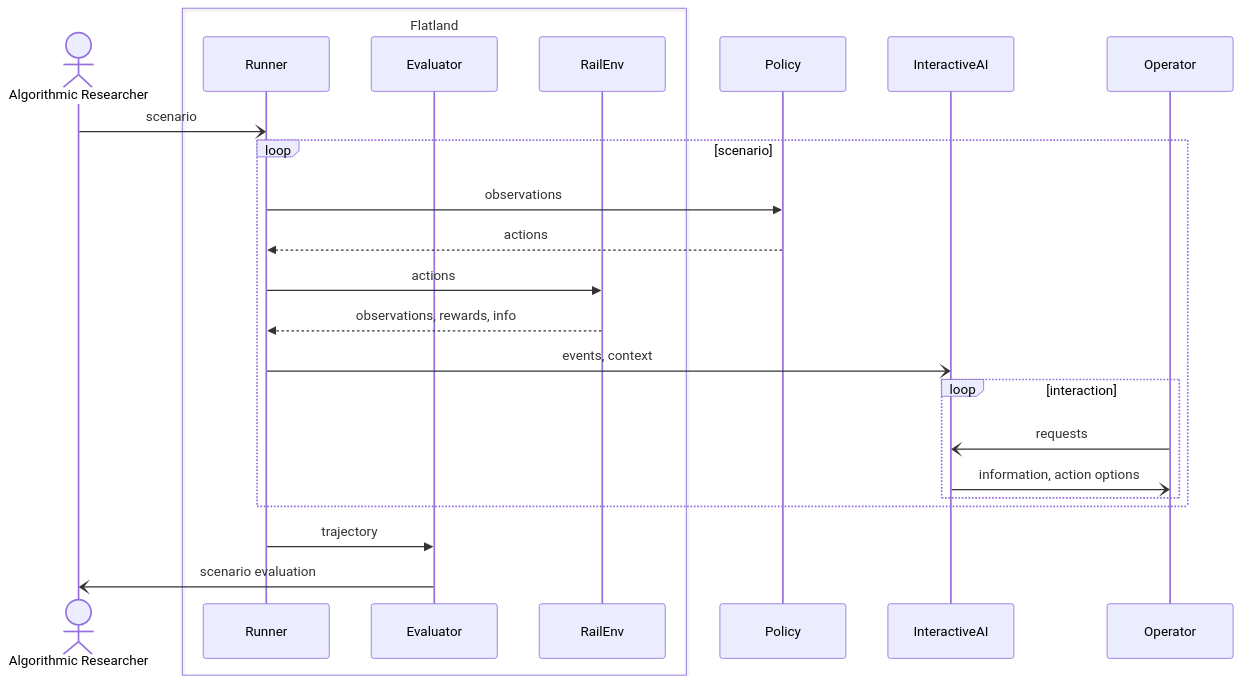
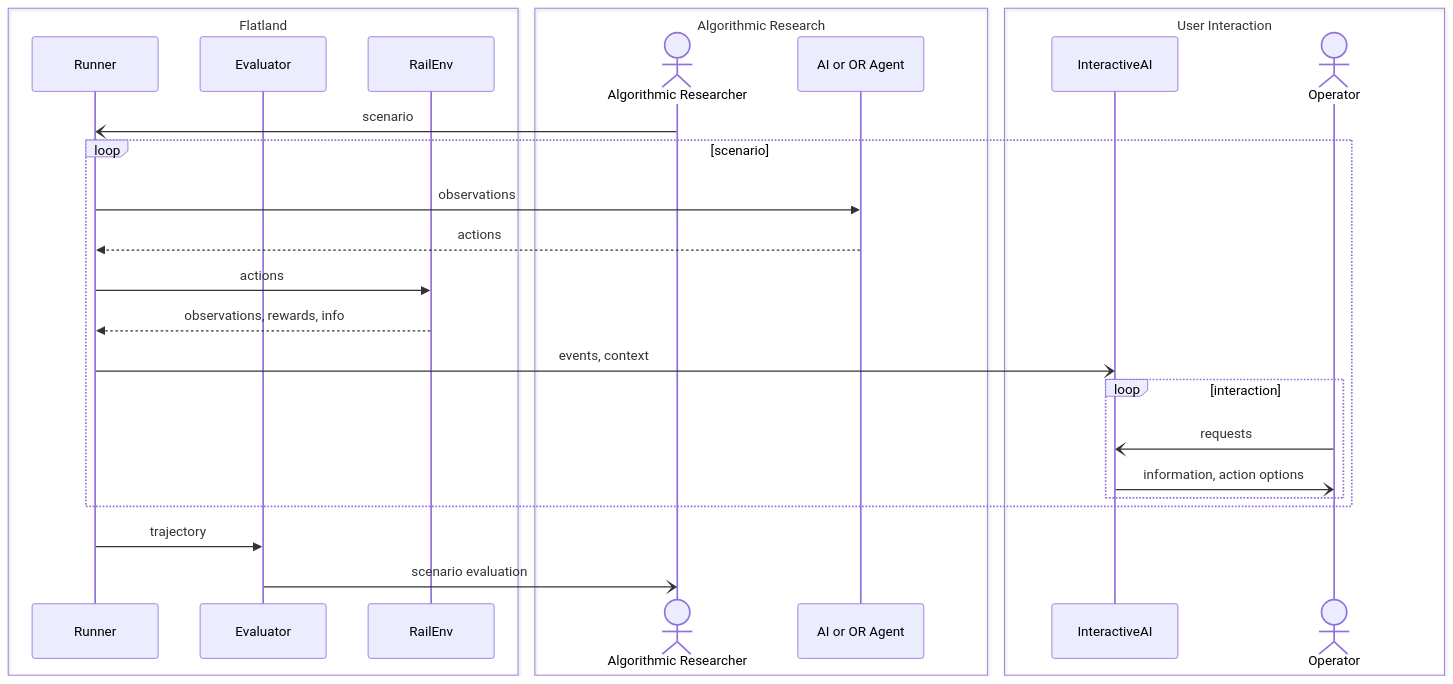
The second of 5 diagrams in key-concepts/key_concepts.md (flatland-association/flatland-book), drawn with Mermaid before and after one commit. The commit also changed other lines of this file and 8 other files, not shown here.

Commit message:
Re-run notebooks (with excludes). Mermaid icons.

````diff
--- a/key-concepts/key_concepts.md
+++ b/key-concepts/key_concepts.md
@@ -5,26 +43,43 @@
 ```mermaid
 sequenceDiagram
+    
+    participant Runner
+    participant Evaluator
+    participant RailEnv
     actor Algorithmic Researcher
+    participant AI or OR Agent
+    participant InteractiveAI
+    actor Operator
+
     box Flatland
         participant Runner
         participant Evaluator
         participant RailEnv
+    end
 
+    box Algorithmic Research
+        participant Algorithmic Researcher
+        participant AI or OR Agent
+    end
+
+    box User Interaction
+        participant InteractiveAI
+        participant Operator
     end
 
     Algorithmic Researcher -) Runner: scenario
     loop scenario
-        Runner ->> Policy: observations
-        Policy -->> Runner: actions
+        Runner ->> AI or OR Agent: observations
+        AI or OR Agent -->> Runner: actions
         Runner ->> RailEnv: actions
         RailEnv -->> Runner: observations, rewards, info
         Runner -) InteractiveAI: events, context
         loop interaction
             Operator -) InteractiveAI: requests
             InteractiveAI -) Operator: information, action options
         end
     end
-    actor Operator
+
     Runner ->> Evaluator: trajectory
     Evaluator -) Algorithmic Researcher: scenario evaluation
 ```
````
